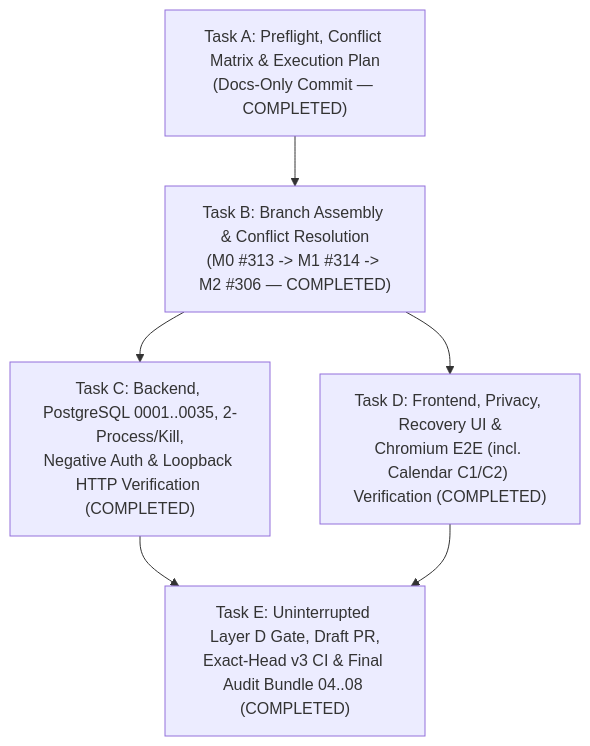
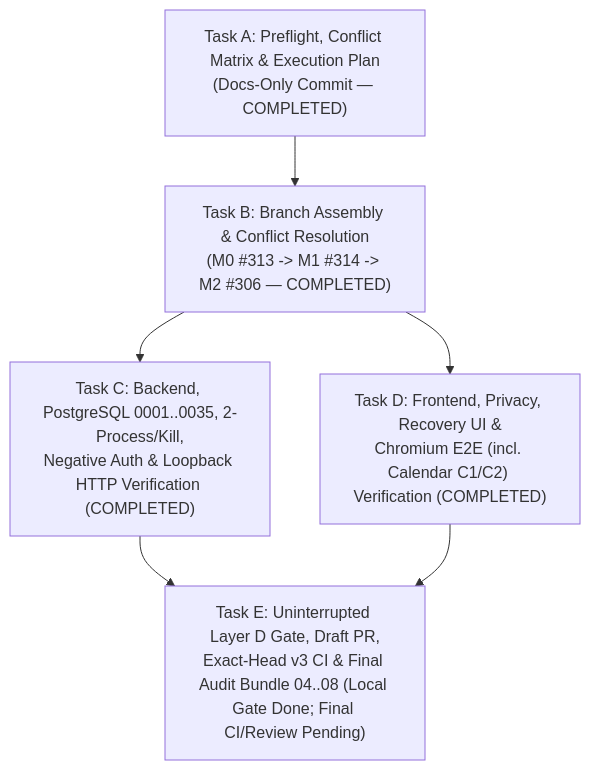
One commit to VinhDat267/ATI_Project changed the second of 2 diagrams in docs/audits/2026-11-10-cross-service-integration/01-INTEGRATION-EXECUTION-PLAN.md. Above: the diagram before and after it, drawn with Mermaid. The commit also changed other lines of this file and 10 other files, not shown here.

Commit message:
docs(audit): mark exact-head CI and final gate acceptance pending at commit time

````diff
--- a/docs/audits/2026-11-10-cross-service-integration/01-INTEGRATION-EXECUTION-PLAN.md
+++ b/docs/audits/2026-11-10-cross-service-integration/01-INTEGRATION-EXECUTION-PLAN.md
@@ -115,8 +115,8 @@
 ```mermaid
 flowchart TD
   A["Task A: Preflight, Conflict Matrix & Execution Plan<br/>(Docs-Only Commit — COMPLETED)"] --> B["Task B: Branch Assembly & Conflict Resolution<br/>(M0 #313 -> M1 #314 -> M2 #306 — COMPLETED)"]
   B --> C["Task C: Backend, PostgreSQL 0001..0035, 2-Process/Kill,<br/>Negative Auth & Loopback HTTP Verification (COMPLETED)"]
   B --> D["Task D: Frontend, Privacy, Recovery UI &<br/>Chromium E2E (incl. Calendar C1/C2) Verification (COMPLETED)"]
-  C --> E["Task E: Uninterrupted Layer D Gate, Draft PR,<br/>Exact-Head v3 CI & Final Audit Bundle 04..08 (COMPLETED)"]
+  C --> E["Task E: Uninterrupted Layer D Gate, Draft PR,<br/>Exact-Head v3 CI & Final Audit Bundle 04..08 (Local Gate Done; Final CI/Review Pending)"]
   D --> E
 ```
````
